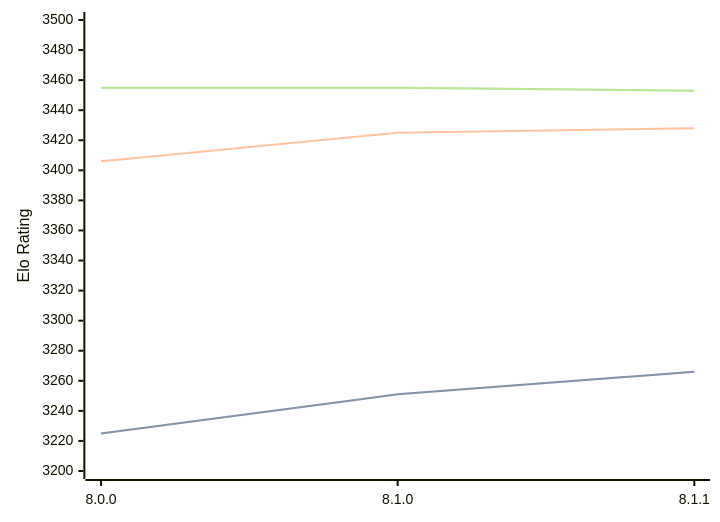
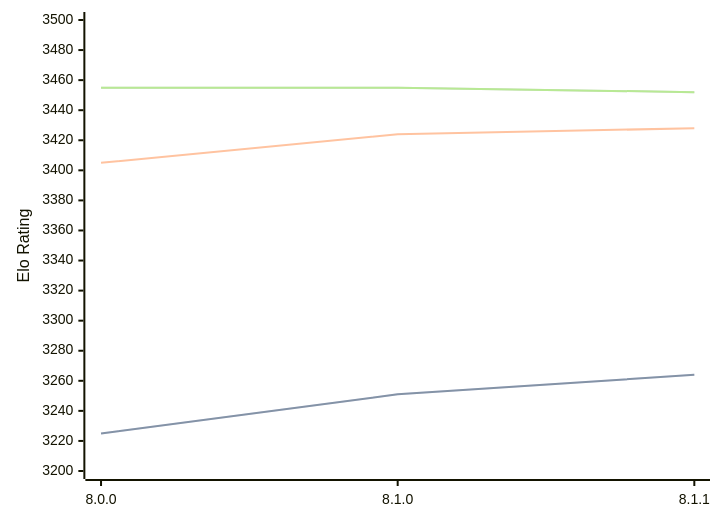
One commit to computer-chess-index/cci changed the diagram in engines/Velvet.md. Above: the diagram before and after it, drawn with Mermaid. The commit also changed other lines of this file, not shown here.

Commit message:
Update CCI Ratings (ELO VLTC) - 2026-06-12

````diff
--- a/engines/Velvet.md
+++ b/engines/Velvet.md
@@ -57,11 +57,11 @@
 ```mermaid
 %%{init: {"theme":"base","themeVariables":{"seriesColors:['#a3a3a3','#222221','#faa371']}}}%%
 xychart-beta
   x-axis ["8.0.0", "8.1.0", "8.1.1"]
   y-axis "Elo Rating" 3200 --> 3500
-  line "STC (8.0+0.08s)" [3225, 3251, 3266]
-  line "STC (8.0+0.08s)" [3225, 3251, 3266]
-  line "LTC (60.0+0.60s)" [3406, 3425, 3428]
-  line "VLTC (2m24s+1.12s)" [3455, 3455, 3453]
-  line "VLTC (2m24s+1.12s)" [3455, 3455, 3453]
+  line "STC (8.0+0.08s)" [3225, 3251, 3264]
+  line "STC (8.0+0.08s)" [3225, 3251, 3264]
+  line "LTC (60.0+0.60s)" [3405, 3424, 3428]
+  line "VLTC (2m24s+1.12s)" [3455, 3455, 3452]
+  line "VLTC (2m24s+1.12s)" [3455, 3455, 3452]
 ```
````
